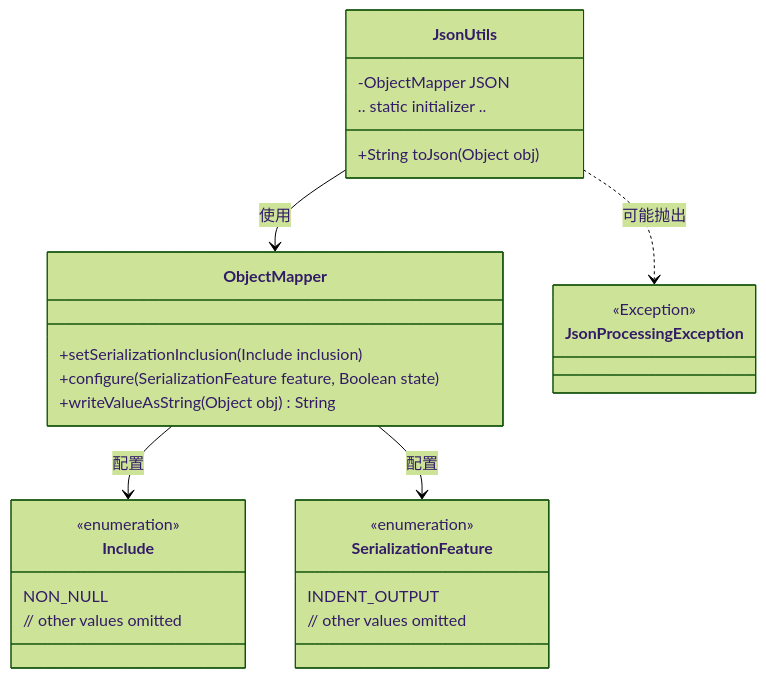
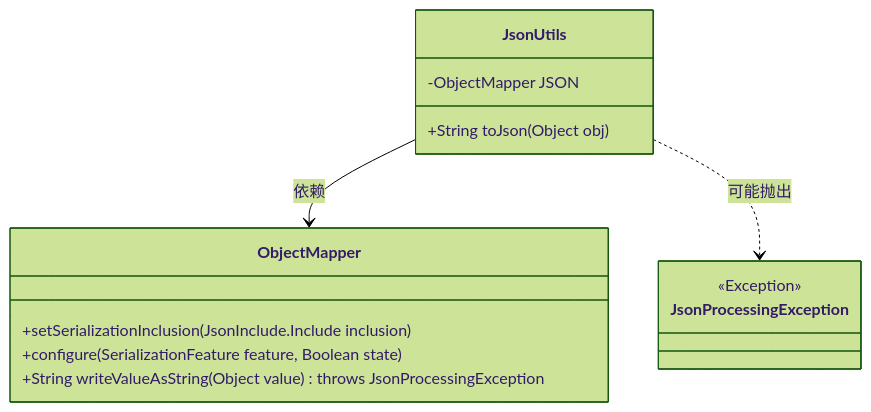
One commit to v-wjrong/binary_weixin-java-miniapp-demo changed the first of 2 diagrams in docs/zh/docs/src/main/java/com/github/binarywang/demo/wx/miniapp/utils/JsonUtils.md. Above: the diagram before and after it, drawn with Mermaid (forest theme). The commit also changed other lines of this file and 50 other files, not shown here.

````diff
--- a/docs/zh/docs/src/main/java/com/github/binarywang/demo/wx/miniapp/utils/JsonUtils.md
+++ b/docs/zh/docs/src/main/java/com/github/binarywang/demo/wx/miniapp/utils/JsonUtils.md
@@ -36,31 +36,20 @@
 ```mermaid
 classDiagram
     class JsonUtils {
         -ObjectMapper JSON
         +String toJson(Object obj)
-        .. static initializer ..
     }
+
     class ObjectMapper {
-        +setSerializationInclusion(Include inclusion)
+        +setSerializationInclusion(JsonInclude.Include inclusion)
         +configure(SerializationFeature feature, Boolean state)
-        +writeValueAsString(Object obj) String
+        +String writeValueAsString(Object value) throws JsonProcessingException
     }
-    class Include {
-        <<enumeration>>
-        NON_NULL
-        // other values omitted
-    }
-    class SerializationFeature {
-        <<enumeration>>
-        INDENT_OUTPUT
-        // other values omitted
-    }
+
     class JsonProcessingException {
         <<Exception>>
     }
 
-    JsonUtils --> ObjectMapper : 使用
-    ObjectMapper --> Include : 配置
-    ObjectMapper --> SerializationFeature : 配置
+    JsonUtils --> ObjectMapper : 依赖
     JsonUtils ..> JsonProcessingException : 可能抛出
 ```
````
